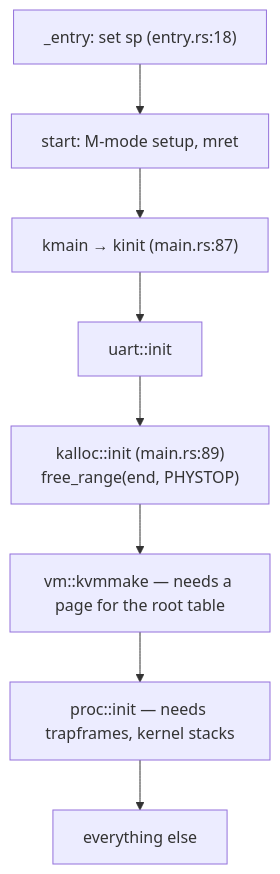
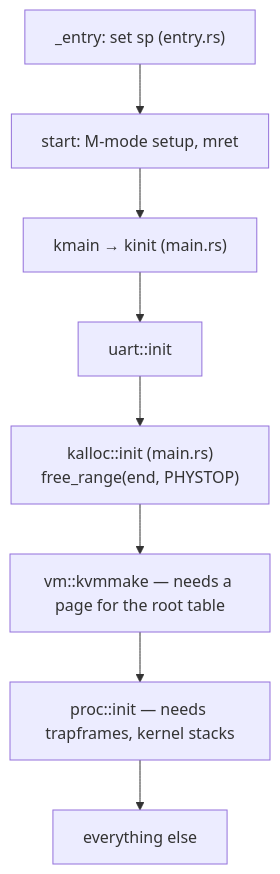
One commit to USF-CS326-F26/USF-CS326-F26.github.io changed the second of 2 diagrams in docs/lectures/06-cs326-2026-09-29-physical-memory-and-the-free-list.md. Above: the diagram before and after it, drawn with Mermaid. The commit also changed other lines of this file and 66 other files, not shown here.

````diff
--- a/docs/lectures/06-cs326-2026-09-29-physical-memory-and-the-free-list.md
+++ b/docs/lectures/06-cs326-2026-09-29-physical-memory-and-the-free-list.md
@@ -364,10 +364,10 @@
 ```mermaid
 flowchart TD
-    A["_entry: set sp (entry.rs:18)"] --> B["start: M-mode setup, mret"]
-    B --> C["kmain → kinit (main.rs:87)"]
+    A["_entry: set sp (entry.rs)"] --> B["start: M-mode setup, mret"]
+    B --> C["kmain → kinit (main.rs)"]
     C --> D["uart::init"]
-    D --> E["kalloc::init (main.rs:89)\nfree_range(end, PHYSTOP)"]
+    D --> E["kalloc::init (main.rs)\nfree_range(end, PHYSTOP)"]
     E --> F["vm::kvmmake — needs a page for the root table"]
     F --> G["proc::init — needs trapframes, kernel stacks"]
     G --> H["everything else"]
 ```
````
